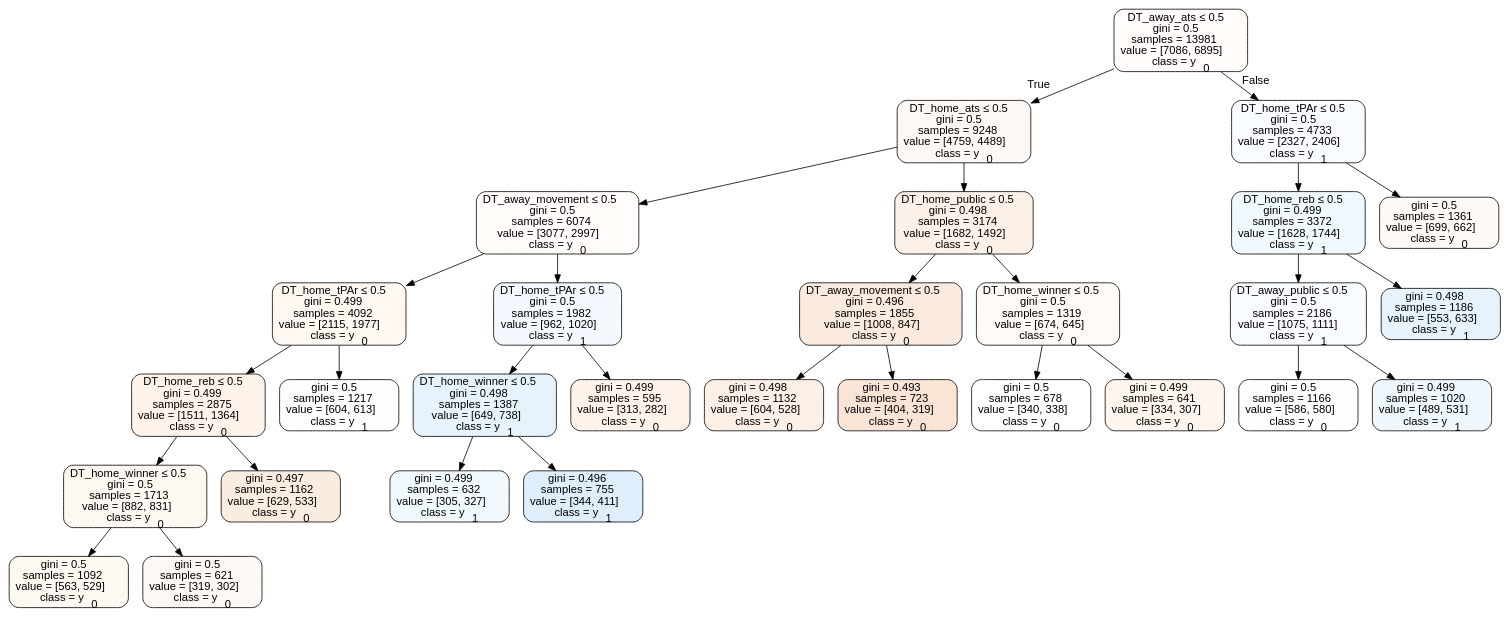
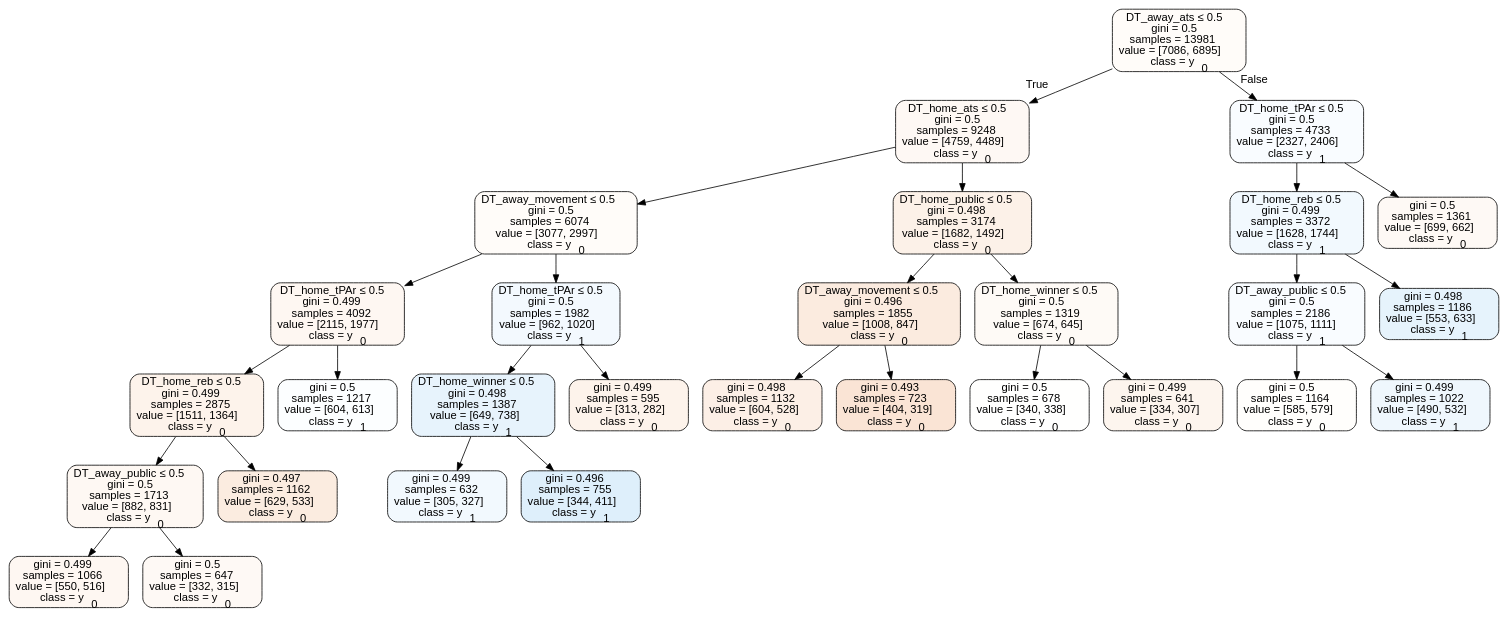
Before and after one commit to usbogie/ncaa-bets: the diagram in Basketball/data/trees/tree2015home.dot, drawn with Graphviz. The commit also changed 24 other files, not shown here.

```diff
--- a/Basketball/data/trees/tree2015home.dot
+++ b/Basketball/data/trees/tree2015home.dot
@@ -1,61 +1,61 @@
 digraph Tree {
 node [shape=box, style="filled, rounded", color="black", fontname=helvetica] ;
 edge [fontname=helvetica] ;
 0 [label=<DT_away_ats &le; 0.5<br/>gini = 0.5<br/>samples = 13981<br/>value = [7086, 6895]<br/>class = y<SUB>0</SUB>>, fillcolor="#e5813907"] ;
 1 [label=<DT_home_ats &le; 0.5<br/>gini = 0.5<br/>samples = 9248<br/>value = [4759, 4489]<br/>class = y<SUB>0</SUB>>, fillcolor="#e581390e"] ;
 0 -> 1 [labeldistance=2.5, labelangle=45, headlabel="True"] ;
 2 [label=<DT_away_movement &le; 0.5<br/>gini = 0.5<br/>samples = 6074<br/>value = [3077, 2997]<br/>class = y<SUB>0</SUB>>, fillcolor="#e5813907"] ;
 1 -> 2 ;
 3 [label=<DT_home_tPAr &le; 0.5<br/>gini = 0.499<br/>samples = 4092<br/>value = [2115, 1977]<br/>class = y<SUB>0</SUB>>, fillcolor="#e5813911"] ;
 2 -> 3 ;
 4 [label=<DT_home_reb &le; 0.5<br/>gini = 0.499<br/>samples = 2875<br/>value = [1511, 1364]<br/>class = y<SUB>0</SUB>>, fillcolor="#e5813919"] ;
 3 -> 4 ;
-5 [label=<DT_home_winner &le; 0.5<br/>gini = 0.5<br/>samples = 1713<br/>value = [882, 831]<br/>class = y<SUB>0</SUB>>, fillcolor="#e581390f"] ;
+5 [label=<DT_away_public &le; 0.5<br/>gini = 0.5<br/>samples = 1713<br/>value = [882, 831]<br/>class = y<SUB>0</SUB>>, fillcolor="#e581390f"] ;
 4 -> 5 ;
-6 [label=<gini = 0.5<br/>samples = 1092<br/>value = [563, 529]<br/>class = y<SUB>0</SUB>>, fillcolor="#e581390f"] ;
+6 [label=<gini = 0.499<br/>samples = 1066<br/>value = [550, 516]<br/>class = y<SUB>0</SUB>>, fillcolor="#e5813910"] ;
 5 -> 6 ;
-7 [label=<gini = 0.5<br/>samples = 621<br/>value = [319, 302]<br/>class = y<SUB>0</SUB>>, fillcolor="#e581390e"] ;
+7 [label=<gini = 0.5<br/>samples = 647<br/>value = [332, 315]<br/>class = y<SUB>0</SUB>>, fillcolor="#e581390d"] ;
 5 -> 7 ;
 8 [label=<gini = 0.497<br/>samples = 1162<br/>value = [629, 533]<br/>class = y<SUB>0</SUB>>, fillcolor="#e5813927"] ;
 4 -> 8 ;
 9 [label=<gini = 0.5<br/>samples = 1217<br/>value = [604, 613]<br/>class = y<SUB>1</SUB>>, fillcolor="#399de504"] ;
 3 -> 9 ;
 10 [label=<DT_home_tPAr &le; 0.5<br/>gini = 0.5<br/>samples = 1982<br/>value = [962, 1020]<br/>class = y<SUB>1</SUB>>, fillcolor="#399de50f"] ;
 2 -> 10 ;
 11 [label=<DT_home_winner &le; 0.5<br/>gini = 0.498<br/>samples = 1387<br/>value = [649, 738]<br/>class = y<SUB>1</SUB>>, fillcolor="#399de51f"] ;
 10 -> 11 ;
 12 [label=<gini = 0.499<br/>samples = 632<br/>value = [305, 327]<br/>class = y<SUB>1</SUB>>, fillcolor="#399de511"] ;
 11 -> 12 ;
 13 [label=<gini = 0.496<br/>samples = 755<br/>value = [344, 411]<br/>class = y<SUB>1</SUB>>, fillcolor="#399de52a"] ;
 11 -> 13 ;
 14 [label=<gini = 0.499<br/>samples = 595<br/>value = [313, 282]<br/>class = y<SUB>0</SUB>>, fillcolor="#e5813919"] ;
 10 -> 14 ;
 15 [label=<DT_home_public &le; 0.5<br/>gini = 0.498<br/>samples = 3174<br/>value = [1682, 1492]<br/>class = y<SUB>0</SUB>>, fillcolor="#e581391d"] ;
 1 -> 15 ;
 16 [label=<DT_away_movement &le; 0.5<br/>gini = 0.496<br/>samples = 1855<br/>value = [1008, 847]<br/>class = y<SUB>0</SUB>>, fillcolor="#e5813929"] ;
 15 -> 16 ;
 17 [label=<gini = 0.498<br/>samples = 1132<br/>value = [604, 528]<br/>class = y<SUB>0</SUB>>, fillcolor="#e5813920"] ;
 16 -> 17 ;
 18 [label=<gini = 0.493<br/>samples = 723<br/>value = [404, 319]<br/>class = y<SUB>0</SUB>>, fillcolor="#e5813936"] ;
 16 -> 18 ;
 19 [label=<DT_home_winner &le; 0.5<br/>gini = 0.5<br/>samples = 1319<br/>value = [674, 645]<br/>class = y<SUB>0</SUB>>, fillcolor="#e581390b"] ;
 15 -> 19 ;
 20 [label=<gini = 0.5<br/>samples = 678<br/>value = [340, 338]<br/>class = y<SUB>0</SUB>>, fillcolor="#e5813901"] ;
 19 -> 20 ;
 21 [label=<gini = 0.499<br/>samples = 641<br/>value = [334, 307]<br/>class = y<SUB>0</SUB>>, fillcolor="#e5813915"] ;
 19 -> 21 ;
 22 [label=<DT_home_tPAr &le; 0.5<br/>gini = 0.5<br/>samples = 4733<br/>value = [2327, 2406]<br/>class = y<SUB>1</SUB>>, fillcolor="#399de508"] ;
 0 -> 22 [labeldistance=2.5, labelangle=-45, headlabel="False"] ;
 23 [label=<DT_home_reb &le; 0.5<br/>gini = 0.499<br/>samples = 3372<br/>value = [1628, 1744]<br/>class = y<SUB>1</SUB>>, fillcolor="#399de511"] ;
 22 -> 23 ;
 24 [label=<DT_away_public &le; 0.5<br/>gini = 0.5<br/>samples = 2186<br/>value = [1075, 1111]<br/>class = y<SUB>1</SUB>>, fillcolor="#399de508"] ;
 23 -> 24 ;
-25 [label=<gini = 0.5<br/>samples = 1166<br/>value = [586, 580]<br/>class = y<SUB>0</SUB>>, fillcolor="#e5813903"] ;
+25 [label=<gini = 0.5<br/>samples = 1164<br/>value = [585, 579]<br/>class = y<SUB>0</SUB>>, fillcolor="#e5813903"] ;
 24 -> 25 ;
-26 [label=<gini = 0.499<br/>samples = 1020<br/>value = [489, 531]<br/>class = y<SUB>1</SUB>>, fillcolor="#399de514"] ;
+26 [label=<gini = 0.499<br/>samples = 1022<br/>value = [490, 532]<br/>class = y<SUB>1</SUB>>, fillcolor="#399de514"] ;
 24 -> 26 ;
 27 [label=<gini = 0.498<br/>samples = 1186<br/>value = [553, 633]<br/>class = y<SUB>1</SUB>>, fillcolor="#399de520"] ;
 23 -> 27 ;
 28 [label=<gini = 0.5<br/>samples = 1361<br/>value = [699, 662]<br/>class = y<SUB>0</SUB>>, fillcolor="#e581390d"] ;
 22 -> 28 ;
 }
```
